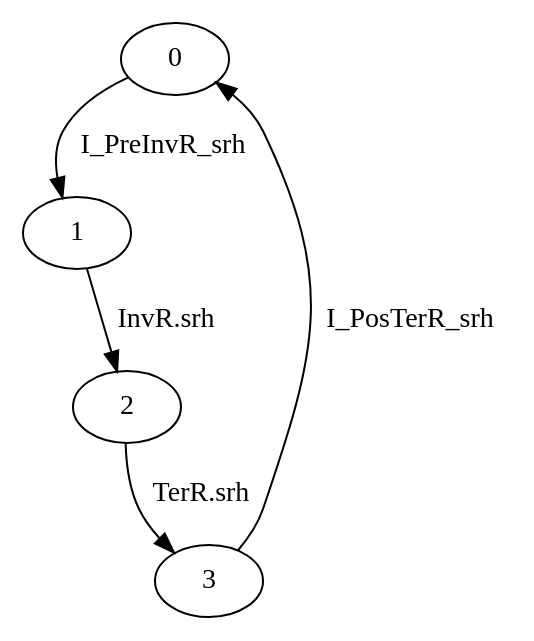
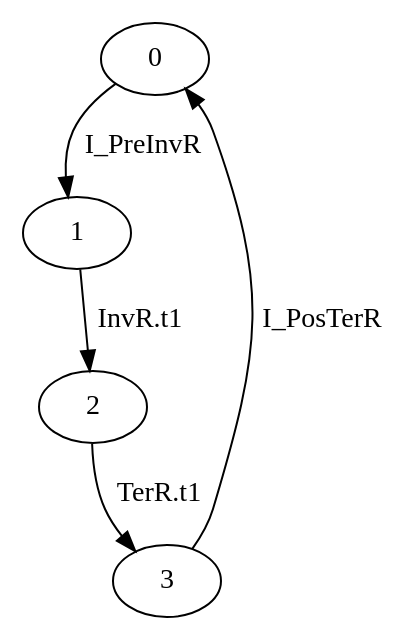
Before and after one commit to nsrosa70/midarch-go-v13: the diagram in src/cspspecs/SRH.dot, drawn with Graphviz. The commit also changed 59 other files, not shown here.

```diff
--- a/src/cspspecs/SRH.dot
+++ b/src/cspspecs/SRH.dot
@@ -1,6 +1,6 @@
 digraph G {
-  0 -> 1 [ label="I_PreInvR_srh" ];
-  1 -> 2 [ label="InvR.srh" ];
-  2 -> 3 [ label="TerR.srh" ];
-  3 -> 0 [ label="I_PosTerR_srh" ];
+  0 -> 1 [ label="I_PreInvR" ];
+  1 -> 2 [ label="InvR.t1" ];
+  2 -> 3 [ label="TerR.t1" ];
+  3 -> 0 [ label="I_PosTerR" ];
 }
```
